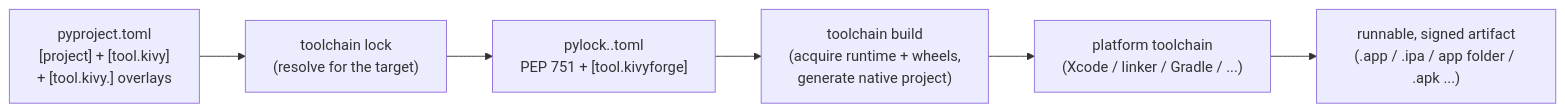
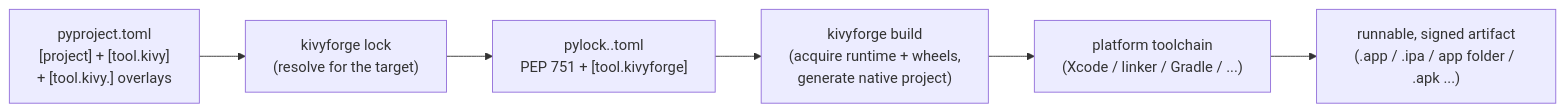
Before and after one commit to ElliotGarbus/kivyforge: the diagram in docs/design/common/00-overview.md, drawn with Mermaid. The commit also changed other lines of this file and 199 other files, not shown here.

First line of the commit message:
refactor: rename kivy_ios package and toolchain CLI to kivyforge (Phase 2)

````diff
--- a/docs/design/common/00-overview.md
+++ b/docs/design/common/00-overview.md
@@ -15,8 +15,8 @@
 ```mermaid
 flowchart LR
-    pp["pyproject.toml\n[project] + [tool.kivy]\n+ [tool.kivy.<platform>] overlays"] --> lock["toolchain lock\n(resolve for the target)"]
+    pp["pyproject.toml\n[project] + [tool.kivy]\n+ [tool.kivy.<platform>] overlays"] --> lock["kivyforge lock\n(resolve for the target)"]
     lock --> pl["pylock.<platform>.toml\nPEP 751 + [tool.kivyforge]"]
-    pl --> build["toolchain build\n(acquire runtime + wheels,\ngenerate native project)"]
+    pl --> build["kivyforge build\n(acquire runtime + wheels,\ngenerate native project)"]
     build --> tc["platform toolchain\n(Xcode / linker / Gradle / ...)"]
     tc --> art["runnable, signed artifact\n(.app / .ipa / app folder / .apk ...)"]
 ```
````
